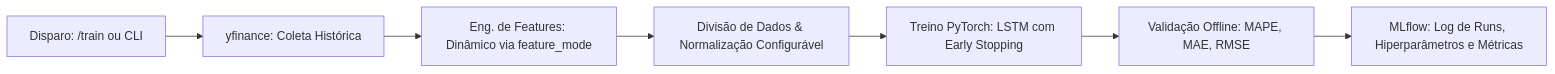
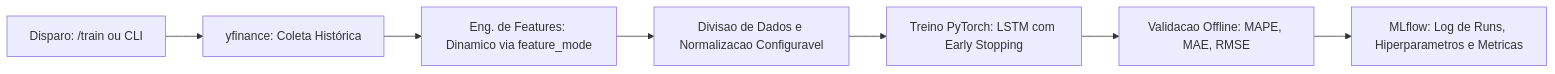
Before and after one commit to wildersa/fiap_tech_cha_fase4: the first of 2 diagrams in README.md, drawn with Mermaid. The commit also changed other lines of this file and 23 other files, not shown here.

````diff
--- a/README.md
+++ b/README.md
@@ -104,9 +92,9 @@
 ```mermaid
 flowchart LR
     A[Disparo: /train ou CLI] --> B[yfinance: Coleta Histórica]
-    B --> C[Eng. de Features: Dinâmico via feature_mode]
-    C --> D[Divisão de Dados & Normalização Configurável]
+    B --> C[Eng. de Features: Dinamico via feature_mode]
+    C --> D[Divisao de Dados e Normalizacao Configuravel]
     D --> E[Treino PyTorch: LSTM com Early Stopping]
-    E --> F[Validação Offline: MAPE, MAE, RMSE]
-    F --> G[MLflow: Log de Runs, Hiperparâmetros e Métricas]
+    E --> F[Validacao Offline: MAPE, MAE, RMSE]
+    F --> G[MLflow: Log de Runs, Hiperparametros e Metricas]
 ```
````
